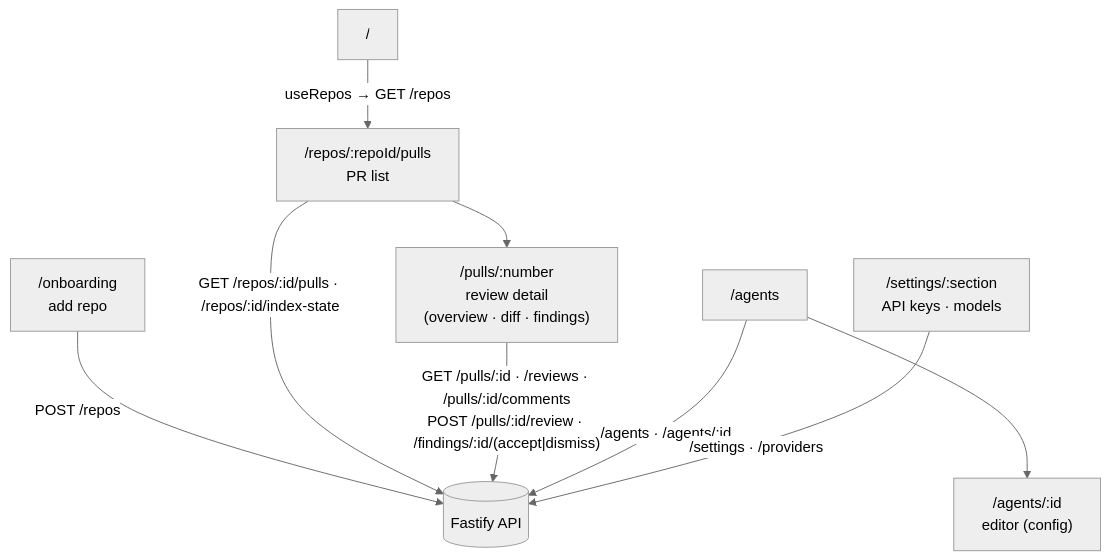
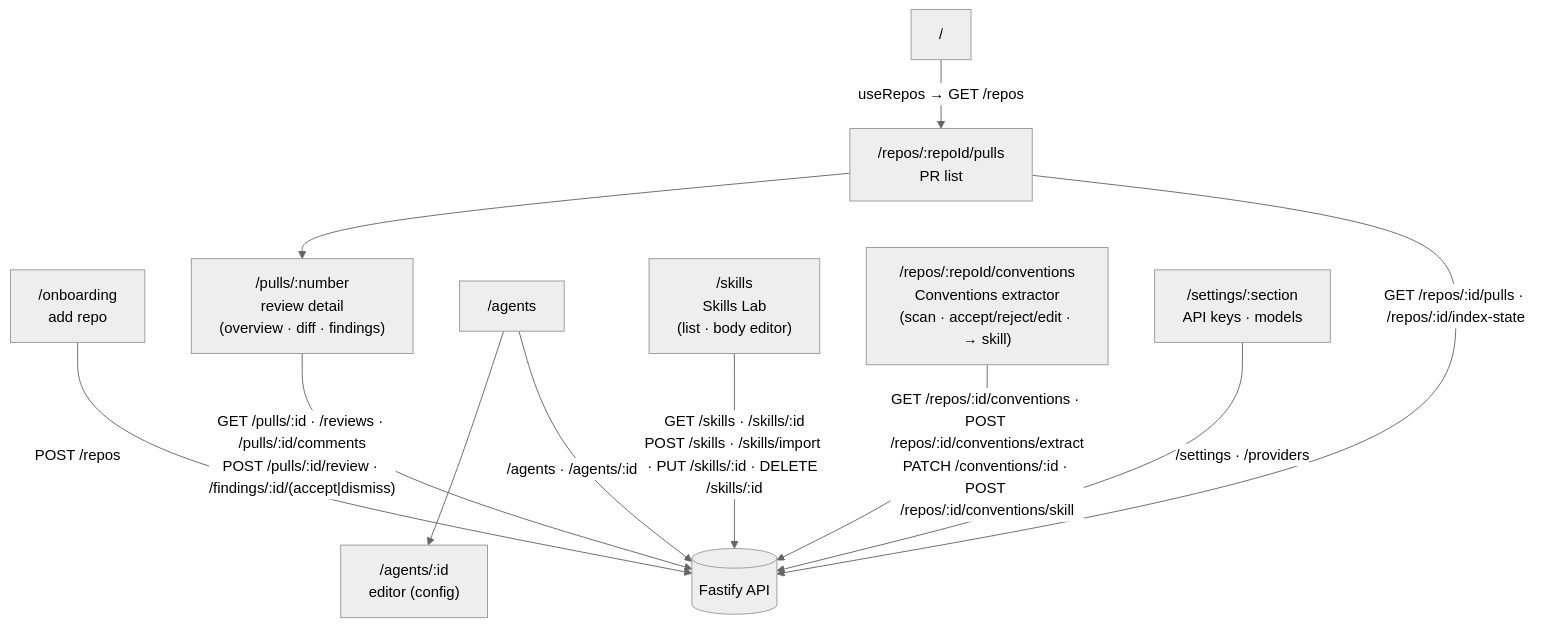
The diagram in client/README.md (AIengineerDev/dev-digest), drawn with Mermaid (neutral theme) before and after one commit. The commit also changed 58 other files, not shown here.

````diff
--- a/client/README.md
+++ b/client/README.md
@@ -24,14 +24,18 @@
 ```mermaid
 flowchart TD
   ROOT["/"] -->|"useRepos → GET /repos"| PULLS["/repos/:repoId/pulls<br/>PR list"]
   ONB["/onboarding<br/>add repo"] -->|"POST /repos"| API[("Fastify API")]
   PULLS --> PR["/pulls/:number<br/>review detail<br/>(overview · diff · findings)"]
 
   AGENTS["/agents"] --> AGENT["/agents/:id<br/>editor (config)"]
+  SKILLS["/skills<br/>Skills Lab<br/>(list · body editor)"]
+  CONV["/repos/:repoId/conventions<br/>Conventions extractor<br/>(scan · accept/reject/edit · → skill)"]
   SETTINGS["/settings/:section<br/>API keys · models"]
 
   PULLS -->|"GET /repos/:id/pulls · /repos/:id/index-state"| API
   PR -->|"GET /pulls/:id · /reviews · /pulls/:id/comments<br/>POST /pulls/:id/review · /findings/:id/(accept|dismiss)"| API
   AGENTS -->|"/agents · /agents/:id"| API
+  SKILLS -->|"GET /skills · /skills/:id<br/>POST /skills · /skills/import · PUT /skills/:id · DELETE /skills/:id"| API
+  CONV -->|"GET /repos/:id/conventions · POST /repos/:id/conventions/extract<br/>PATCH /conventions/:id · POST /repos/:id/conventions/skill"| API
   SETTINGS -->|"/settings · /providers"| API
 ```
````
